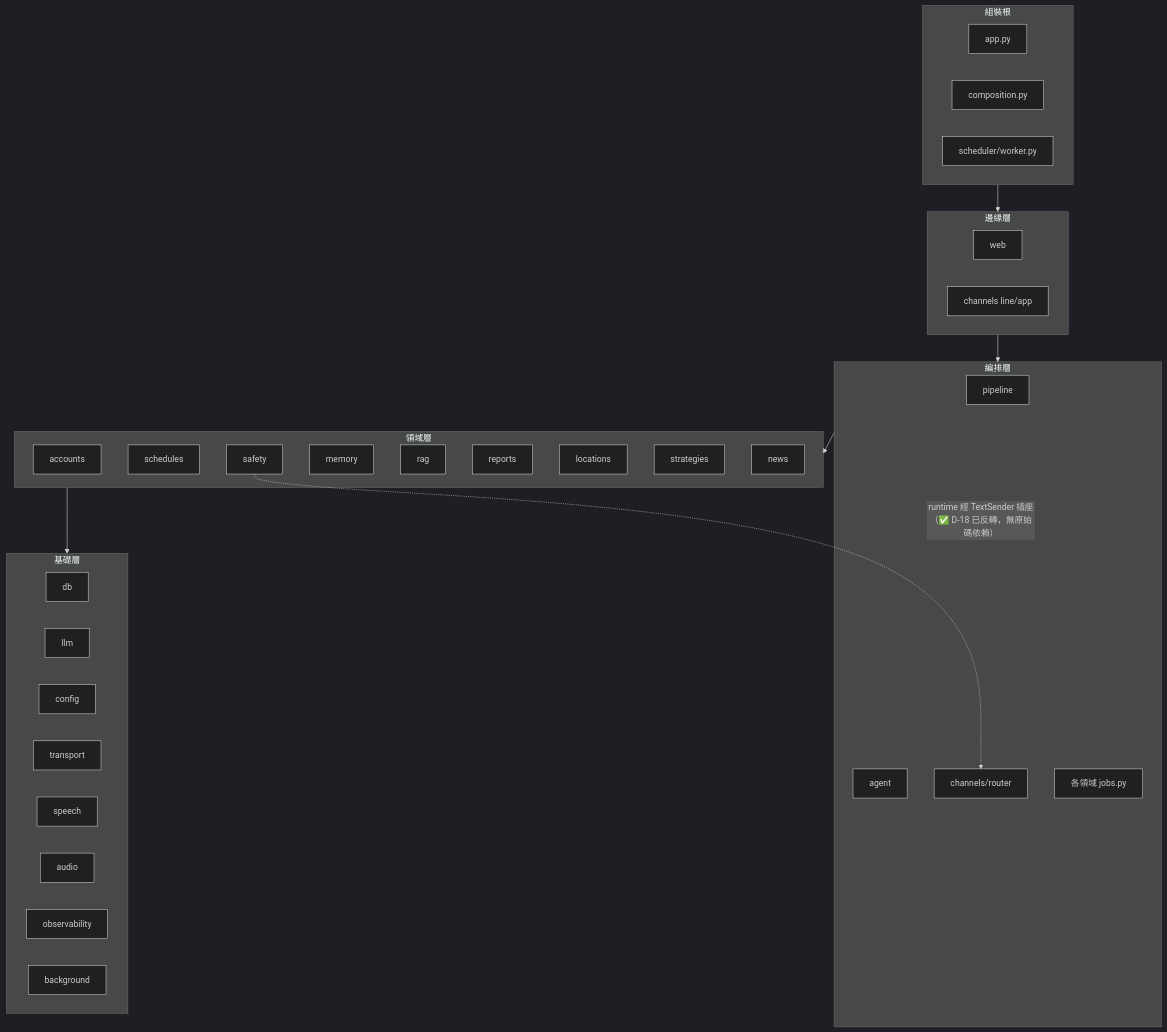
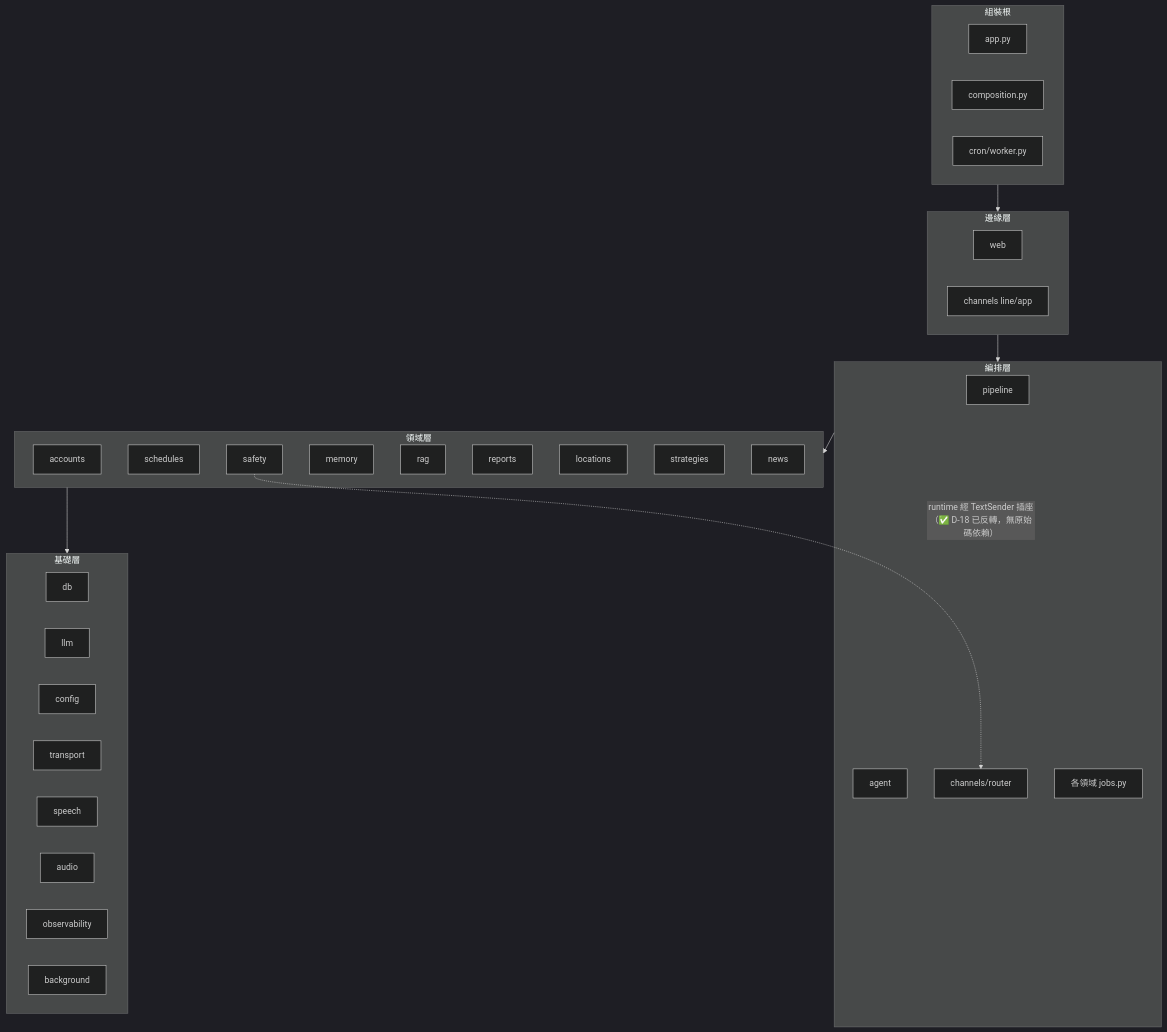
The diagram in docs/dev/09_模組依賴關係.md (leo53021313/kinsun), drawn with Mermaid (dark theme) before and after one commit. The commit also changed other lines of this file and 18 other files, not shown here.

````diff
--- a/docs/dev/09_模組依賴關係.md
+++ b/docs/dev/09_模組依賴關係.md
@@ -20,20 +20,20 @@
 ```mermaid
 graph TD
     subgraph 組裝根
-        APP[app.py] & COMP[composition.py] & WORKER[scheduler/worker.py]
+        APP[app.py] & COMP[composition.py] & WORKER[cron/worker.py]
     end
     subgraph 邊緣層
         WEB[web] & CH[channels line/app]
     end
     subgraph 編排層
         PIPE[pipeline] & AGENT[agent] & ROUTER[channels/router] & JOBS[各領域 jobs.py]
     end
     subgraph 領域層
         ACC[accounts] & SCHED[schedules] & SAFE[safety] & MEM[memory] & RAG[rag] & REP[reports] & LOC[locations] & STRAT[strategies] & NEWS[news]
     end
     subgraph 基礎層
         DB[db] & LLM[llm] & CFG[config] & TR[transport] & SP[speech] & AU[audio] & OBS[observability] & BG[background]
     end
     組裝根 --> 邊緣層 --> 編排層 --> 領域層 --> 基礎層
     SAFE -. "runtime 經 TextSender 插座（✅ D-18 已反轉，無原始碼依賴）" .-> ROUTER
 ```
````
